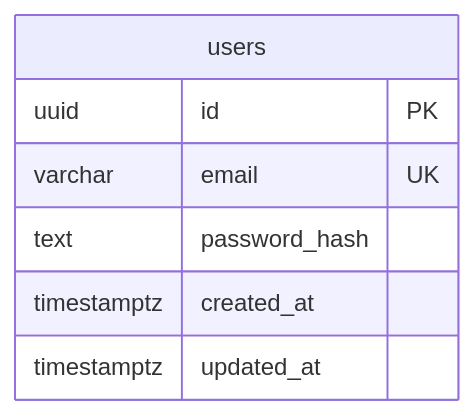
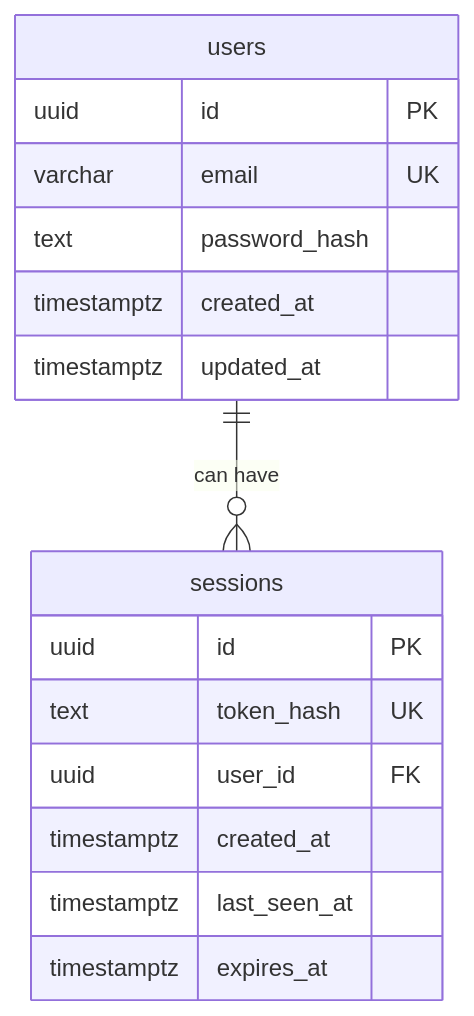
Before and after one commit to jaminwebdev/hono-drizzle-api: the second of 3 diagrams in docs/setup.md, drawn with Mermaid. The commit also changed other lines of this file and 6 other files, not shown here.

````diff
--- a/docs/setup.md
+++ b/docs/setup.md
@@ -100,10 +100,19 @@
 ```mermaid
 erDiagram
+    users ||--o{ sessions : "can have"
     users {
         uuid id PK
         varchar email UK
         text password_hash
         timestamptz created_at
         timestamptz updated_at
     }
+    sessions {
+        uuid id PK
+        text token_hash UK
+        uuid user_id FK
+        timestamptz created_at
+        timestamptz last_seen_at
+        timestamptz expires_at
+    }
 ```
````
